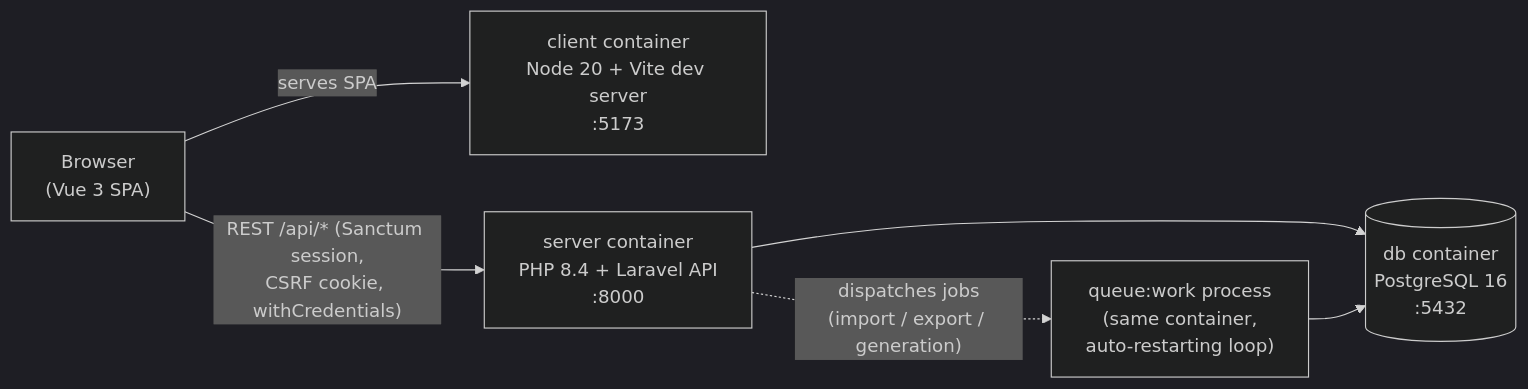
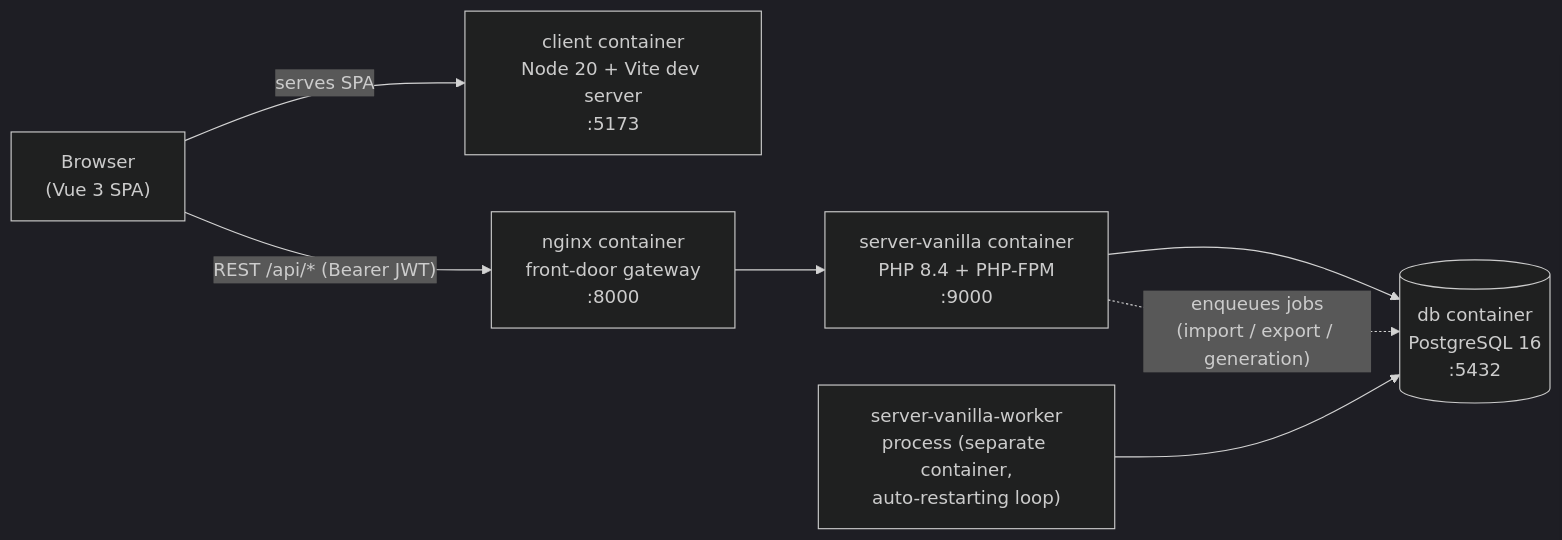
One commit to tomerk7/Rostering-System changed the first of 2 diagrams in README.md. Above: the diagram before and after it, drawn with Mermaid (dark theme). The commit also changed other lines of this file and 275 other files, not shown here.

````diff
--- a/README.md
+++ b/README.md
@@ -52,14 +52,16 @@
 ```mermaid
 graph LR
     Browser["Browser<br/>(Vue 3 SPA)"]
     Client["client container<br/>Node 20 + Vite dev server<br/>:5173"]
-    Server["server container<br/>PHP 8.4 + Laravel API<br/>:8000"]
-    Queue["queue:work process<br/>(same container,<br/>auto-restarting loop)"]
+    Nginx["nginx container<br/>front-door gateway<br/>:8000"]
+    Server["server-vanilla container<br/>PHP 8.4 + PHP-FPM<br/>:9000"]
+    Worker["server-vanilla-worker<br/>process (separate container,<br/>auto-restarting loop)"]
     DB[("db container<br/>PostgreSQL 16<br/>:5432")]
 
     Browser -->|serves SPA| Client
-    Browser -->|"REST /api/* (Sanctum session,<br/>CSRF cookie, withCredentials)"| Server
+    Browser -->|"REST /api/* (Bearer JWT)"| Nginx
+    Nginx --> Server
     Server --> DB
-    Queue --> DB
-    Server -.->|"dispatches jobs<br/>(import / export / generation)"| Queue
+    Worker --> DB
+    Server -.->|"enqueues jobs<br/>(import / export / generation)"| DB
 ```
````
